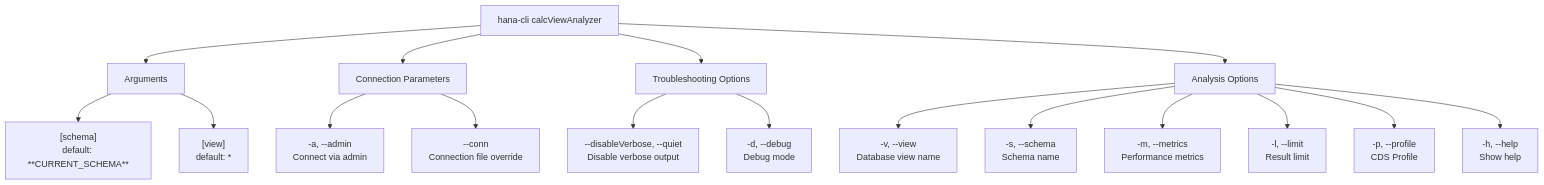
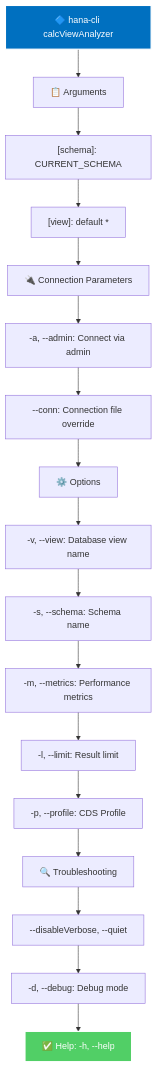
The diagram in docs/02-commands/analysis-tools/calc-view-analyzer.md (SAP-samples/hana-developer-cli-tool-example), drawn with Mermaid before and after one commit. The commit also changed 14 other files, not shown here.

Commit message:
feat: Enhance documentation with Mermaid diagrams for analysis tools; update command structures and styling

````diff
--- a/docs/02-commands/analysis-tools/calc-view-analyzer.md
+++ b/docs/02-commands/analysis-tools/calc-view-analyzer.md
@@ -244,23 +244,23 @@
 ```mermaid
 graph TD
-    A["hana-cli calcViewAnalyzer"] --> B["Arguments"]
-    A --> C["Connection Parameters"]
-    A --> D["Troubleshooting Options"]
-    A --> E["Analysis Options"]
+    A["🔷 hana-cli calcViewAnalyzer"]
+    A --> B["📋 Arguments"]
+    B --> B1["[schema]: CURRENT_SCHEMA"]
+    B1 --> B2["[view]: default *"]
+    B2 --> C["🔌 Connection Parameters"]
+    C --> C1["-a, --admin: Connect via admin"]
+    C1 --> C2["--conn: Connection file override"]
+    C2 --> D["⚙️ Options"]
+    D --> D1["-v, --view: Database view name"]
+    D1 --> D2["-s, --schema: Schema name"]
+    D2 --> D3["-m, --metrics: Performance metrics"]
+    D3 --> D4["-l, --limit: Result limit"]
+    D4 --> D5["-p, --profile: CDS Profile"]
+    D5 --> E["🔍 Troubleshooting"]
+    E --> E1["--disableVerbose, --quiet"]
+    E1 --> E2["-d, --debug: Debug mode"]
+    E2 --> F["✅ Help: -h, --help"]
     
-    B --> B1["[schema]<br/>default: **CURRENT_SCHEMA**"]
-    B --> B2["[view]<br/>default: *"]
-    
-    C --> C1["-a, --admin<br/>Connect via admin"]
-    C --> C2["--conn<br/>Connection file override"]
-    
-    D --> D1["--disableVerbose, --quiet<br/>Disable verbose output"]
-    D --> D2["-d, --debug<br/>Debug mode"]
-    
-    E --> E1["-v, --view<br/>Database view name"]
-    E --> E2["-s, --schema<br/>Schema name"]
-    E --> E3["-m, --metrics<br/>Performance metrics"]
-    E --> E4["-l, --limit<br/>Result limit"]
-    E --> E5["-p, --profile<br/>CDS Profile"]
-    E --> E6["-h, --help<br/>Show help"]
+    style A fill:#0070C0,color:#fff,stroke:#fff,stroke-width:2px
+    style F fill:#51CF66,color:#fff,stroke:#fff,stroke-width:2px
 ```
````
